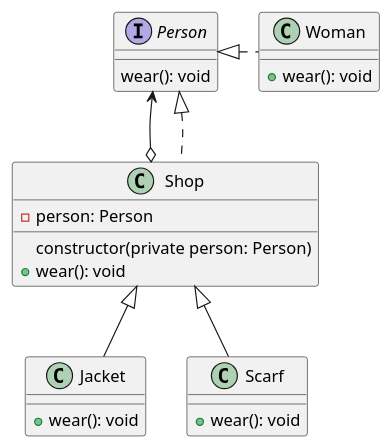
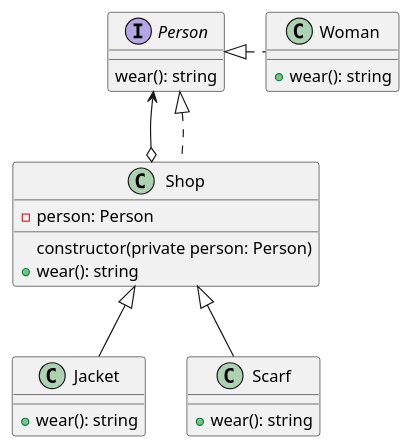
Before and after one commit to plkpiotr/design-patterns: the diagram in src/app/structural/decorator/decorator.puml, drawn with PlantUML. The commit also changed 8 other files, not shown here.

```diff
--- a/src/app/structural/decorator/decorator.puml
+++ b/src/app/structural/decorator/decorator.puml
@@ -1,32 +1,32 @@
 @startuml
 
 interface Person {
-  wear(): void
+  wear(): string
 }
 
 class Woman {
-  + wear(): void
+  + wear(): string
 }
 
 class Shop {
   - person: Person
   constructor(private person: Person)
-  + wear(): void
+  + wear(): string
 }
 
 class Jacket {
-  + wear(): void
+  + wear(): string
 }
 
 class Scarf {
-  + wear(): void
+  + wear(): string
 }
 
 Person <|. Woman
 Person <--o Shop
 Person <|.. Shop
 
 Shop <|-- Jacket
 Shop <|-- Scarf
 
 @enduml
```
